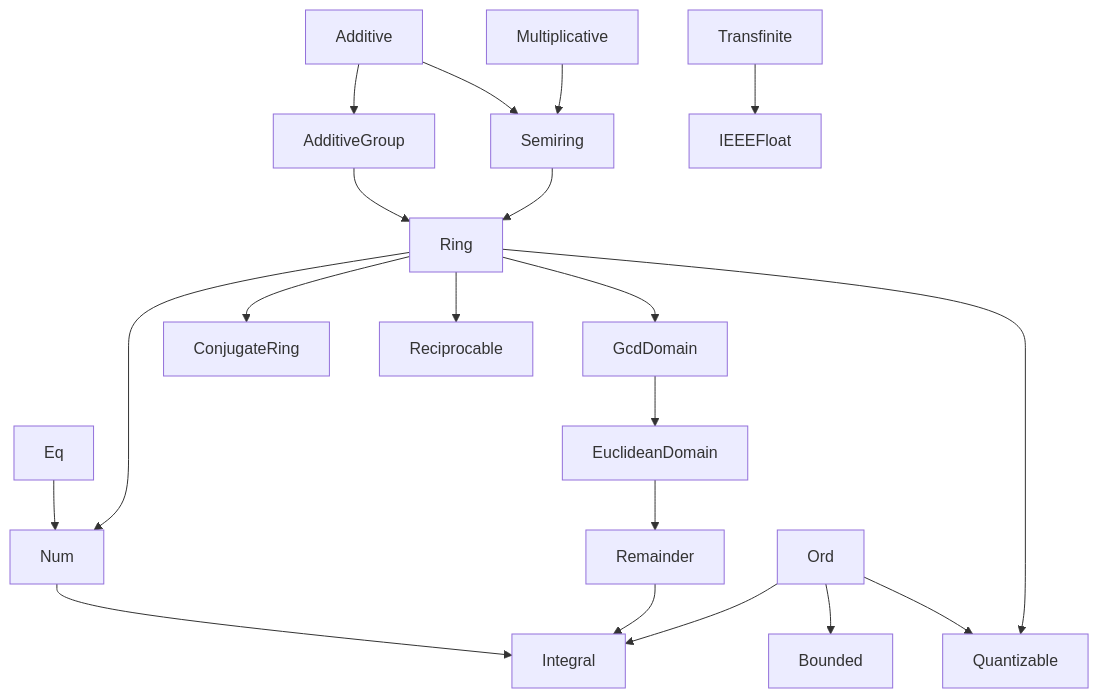
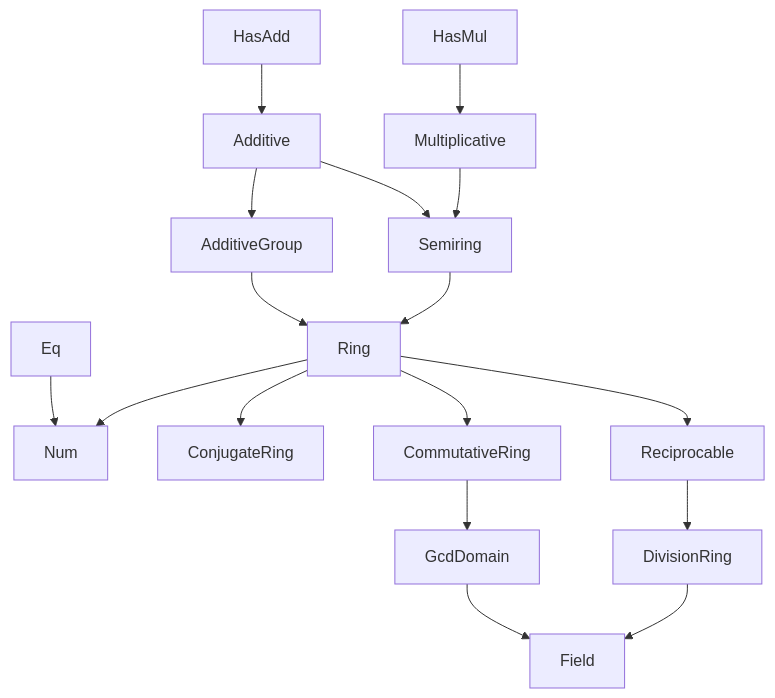
Before and after one commit to coalton-lang/coalton-website: the first of 2 diagrams in content/post/20261116-numbers-redux.md, drawn with Mermaid. The commit also changed other lines of this file, not shown here.

````diff
--- a/content/post/20261116-numbers-redux.md
+++ b/content/post/20261116-numbers-redux.md
@@ -78,22 +78,19 @@
 ```mermaid
 graph TD
+    HasAdd --> Additive
+    HasMul --> Multiplicative
     Additive --> AdditiveGroup
     Additive --> Semiring
     Multiplicative --> Semiring
     AdditiveGroup --> Ring
     Semiring --> Ring
     Eq --> Num
     Ring --> Num
     Ring --> ConjugateRing
     Ring --> Reciprocable
-    Ring --> GcdDomain
-    GcdDomain --> EuclideanDomain
-    EuclideanDomain --> Remainder
-    Remainder --> Integral
-    Num --> Integral
-    Ord --> Integral
-    Ord --> Bounded
-    Ord --> Quantizable
-    Ring --> Quantizable
-    Transfinite --> IEEEFloat
+    Reciprocable --> DivisionRing
+    Ring --> CommutativeRing
+    CommutativeRing --> GcdDomain
+    GcdDomain --> Field
+    DivisionRing --> Field
 ```
````
